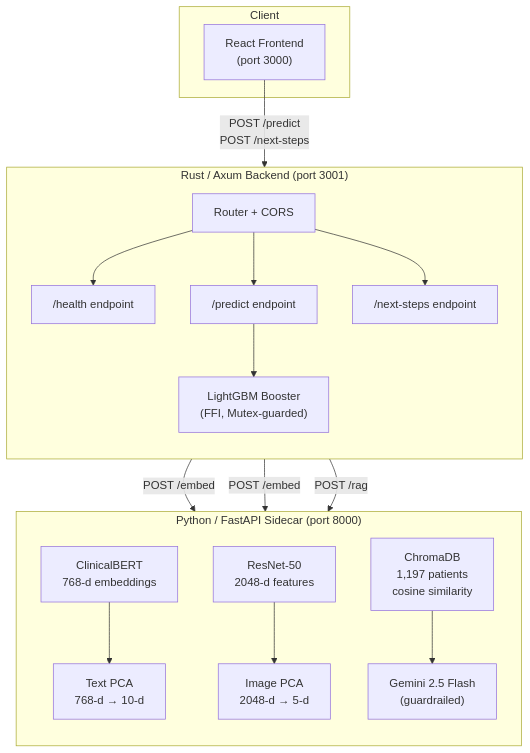
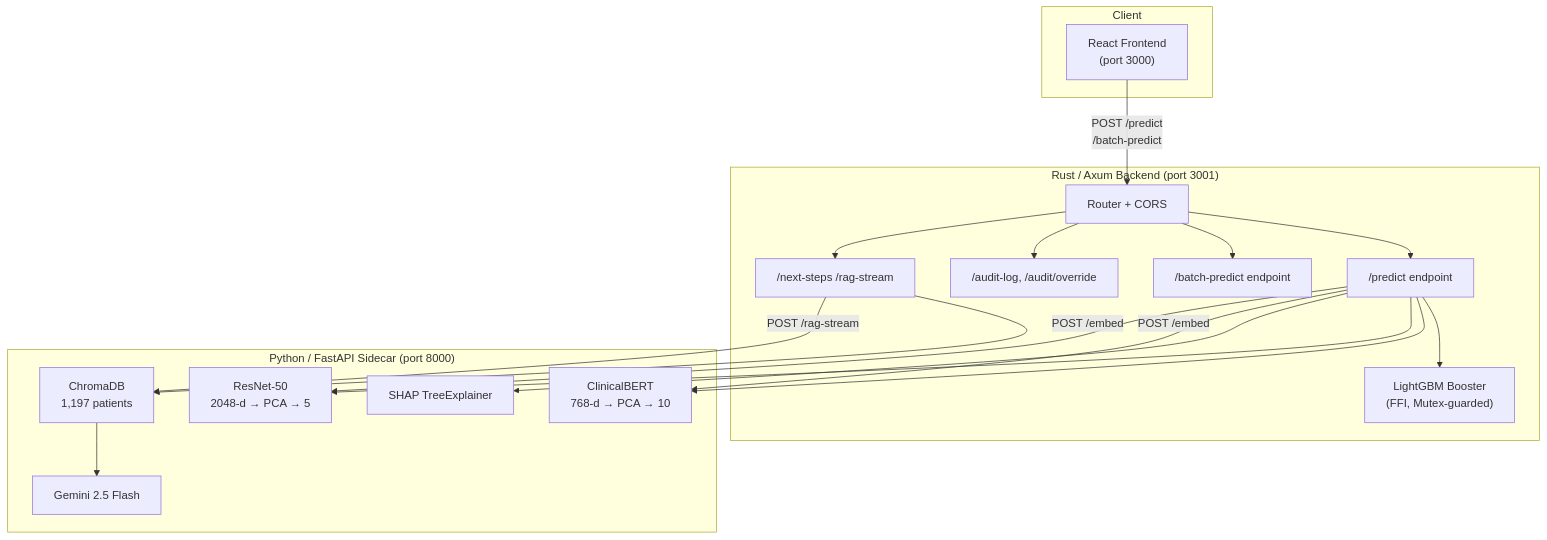
The diagram in README.md (Arshgill01/Multimodal-AI-Triage-Assistant), drawn with Mermaid before and after one commit. The commit also changed other lines of this file and 1 other file, not shown here.

````diff
--- a/README.md
+++ b/README.md
@@ -47,39 +187,39 @@
 ```mermaid
 flowchart TB
     subgraph Client
         FE["React Frontend<br/>(port 3000)"]
     end
 
     subgraph Rust["Rust / Axum Backend (port 3001)"]
-        direction TB
         Router["Router + CORS"]
         Predict["/predict endpoint"]
-        NextSteps["/next-steps endpoint"]
-        Health["/health endpoint"]
+        Batch["/batch-predict endpoint"]
+        Audit["/audit-log, /audit/override"]
+        Next["/next-steps /rag-stream"]
         LGB["LightGBM Booster<br/>(FFI, Mutex-guarded)"]
 
-        Router --> Health
         Router --> Predict
-        Router --> NextSteps
+        Router --> Batch
+        Router --> Audit
+        Router --> Next
         Predict --> LGB
     end
 
     subgraph Python["Python / FastAPI Sidecar (port 8000)"]
-        direction TB
-        BERT["ClinicalBERT<br/>768-d embeddings"]
-        TextPCA["Text PCA<br/>768-d → 10-d"]
-        ResNet["ResNet-50<br/>2048-d features"]
-        ImgPCA["Image PCA<br/>2048-d → 5-d"]
-        Chroma["ChromaDB<br/>1,197 patients<br/>cosine similarity"]
-        Gemini["Gemini 2.5 Flash<br/>(guardrailed)"]
+        BERT["ClinicalBERT<br/>768-d → PCA → 10"]
+        ResNet["ResNet-50<br/>2048-d → PCA → 5"]
+        Chroma["ChromaDB<br/>1,197 patients"]
+        Gemini["Gemini 2.5 Flash"]
+        SHAP["SHAP TreeExplainer"]
 
-        BERT --> TextPCA
-        ResNet --> ImgPCA
-        Chroma --> Gemini
+        Predict --> BERT
+        Predict --> ResNet
+        Next --> Chroma --> Gemini
+        Predict --> SHAP
     end
 
-    FE -- "POST /predict<br/>POST /next-steps" --> Router
+    FE -- "POST /predict<br/>/batch-predict" --> Router
     Predict -- "POST /embed" --> BERT
     Predict -- "POST /embed" --> ResNet
-    NextSteps -- "POST /rag" --> Chroma
+    Next -- "POST /rag-stream" --> Chroma
 ```
````
